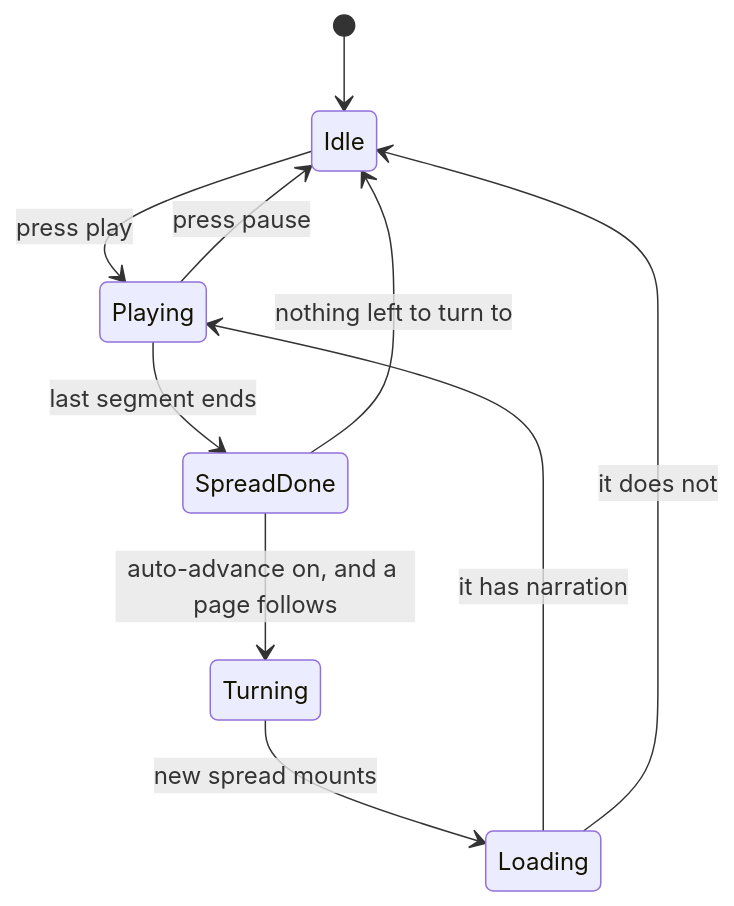
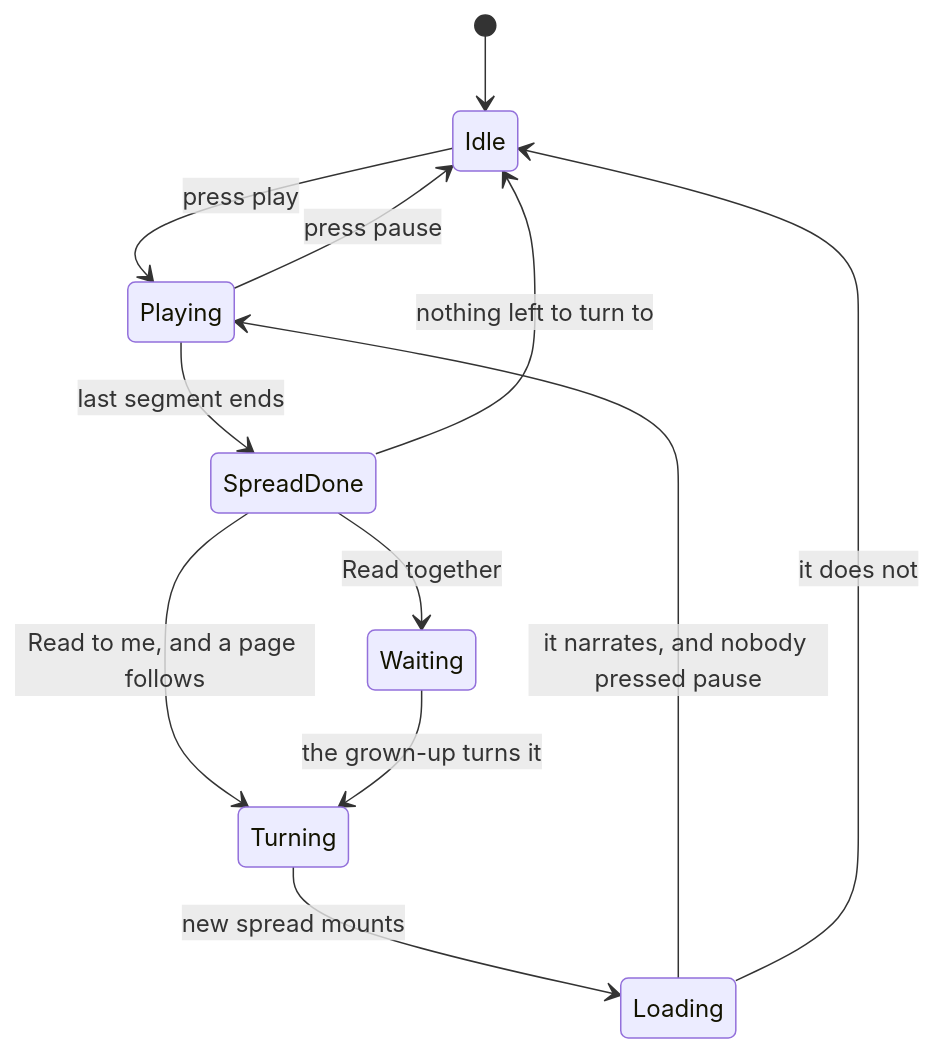
The fourth of 5 diagrams in docs/read-along.md (minormending/story-tale-reader), drawn with Mermaid before and after one commit. The commit also changed other lines of this file and 9 other files, not shown here.

````diff
--- a/docs/read-along.md
+++ b/docs/read-along.md
@@ -152,12 +152,14 @@
 ```mermaid
 stateDiagram-v2
     [*] --> Idle
     Idle --> Playing: press play
     Playing --> Idle: press pause
     Playing --> SpreadDone: last segment ends
-    SpreadDone --> Turning: auto-advance on, and a page follows
+    SpreadDone --> Turning: Read to me, and a page follows
+    SpreadDone --> Waiting: Read together
     SpreadDone --> Idle: nothing left to turn to
+    Waiting --> Turning: the grown-up turns it
     Turning --> Loading: new spread mounts
-    Loading --> Playing: it has narration
+    Loading --> Playing: it narrates, and nobody pressed pause
     Loading --> Idle: it does not
 ```
````
